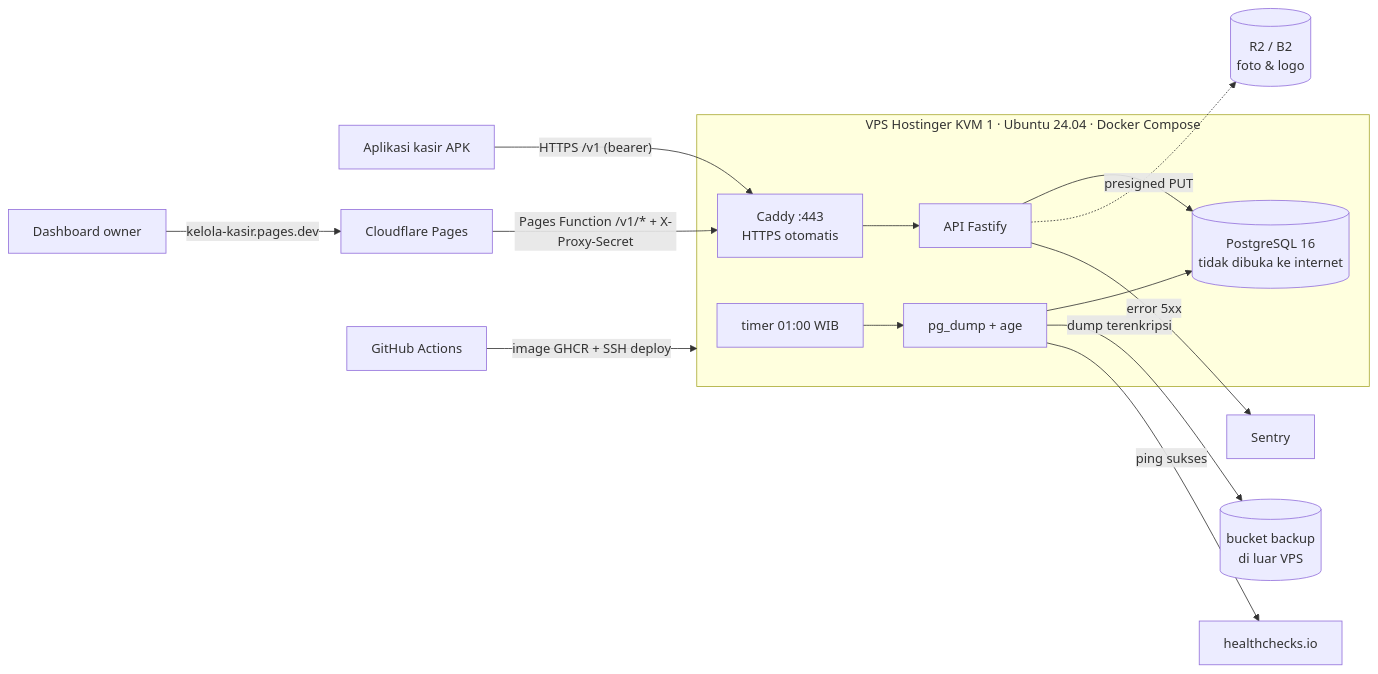
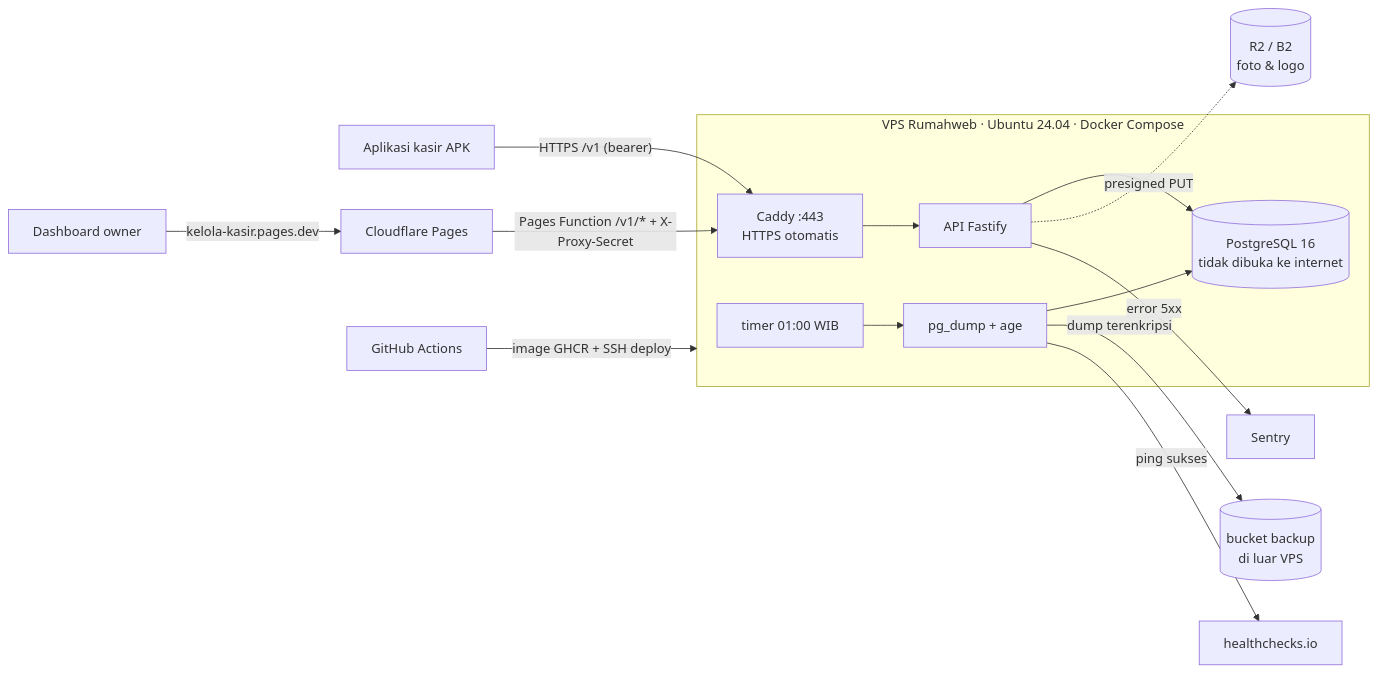
The diagram in docs/ops/deploy.md (simanjuntakalbert57/kelola-kasir), drawn with Mermaid before and after one commit. The commit also changed other lines of this file and 9 other files, not shown here.

First line of the commit message:
feat(ops): make the VPS setup provider-neutral (owner uses Rumahweb)

````diff
--- a/docs/ops/deploy.md
+++ b/docs/ops/deploy.md
@@ -9,17 +9,17 @@
 ```mermaid
 flowchart LR
   HP[Aplikasi kasir APK] -- "HTTPS /v1 (bearer)" --> Caddy
   Browser[Dashboard owner] -- "kelola-kasir.pages.dev" --> Pages[Cloudflare Pages]
   Pages -- "Pages Function /v1/* + X-Proxy-Secret" --> Caddy
-  subgraph VPS[VPS Hostinger KVM 1 · Ubuntu 24.04 · Docker Compose]
+  subgraph VPS[VPS Rumahweb · Ubuntu 24.04 · Docker Compose]
     Caddy[Caddy :443<br/>HTTPS otomatis] --> API[API Fastify]
     API --> DB[(PostgreSQL 16<br/>tidak dibuka ke internet)]
     Timer[timer 01:00 WIB] --> Backup[pg_dump + age]
     Backup --> DB
   end
   API -. "presigned PUT" .-> R2[(R2 / B2<br/>foto & logo)]
   Backup -- "dump terenkripsi" --> R2b[(bucket backup<br/>di luar VPS)]
   Backup -- "ping sukses" --> HC[healthchecks.io]
   GHA[GitHub Actions] -- "image GHCR + SSH deploy" --> VPS
   API -- "error 5xx" --> Sentry
 ```
````
